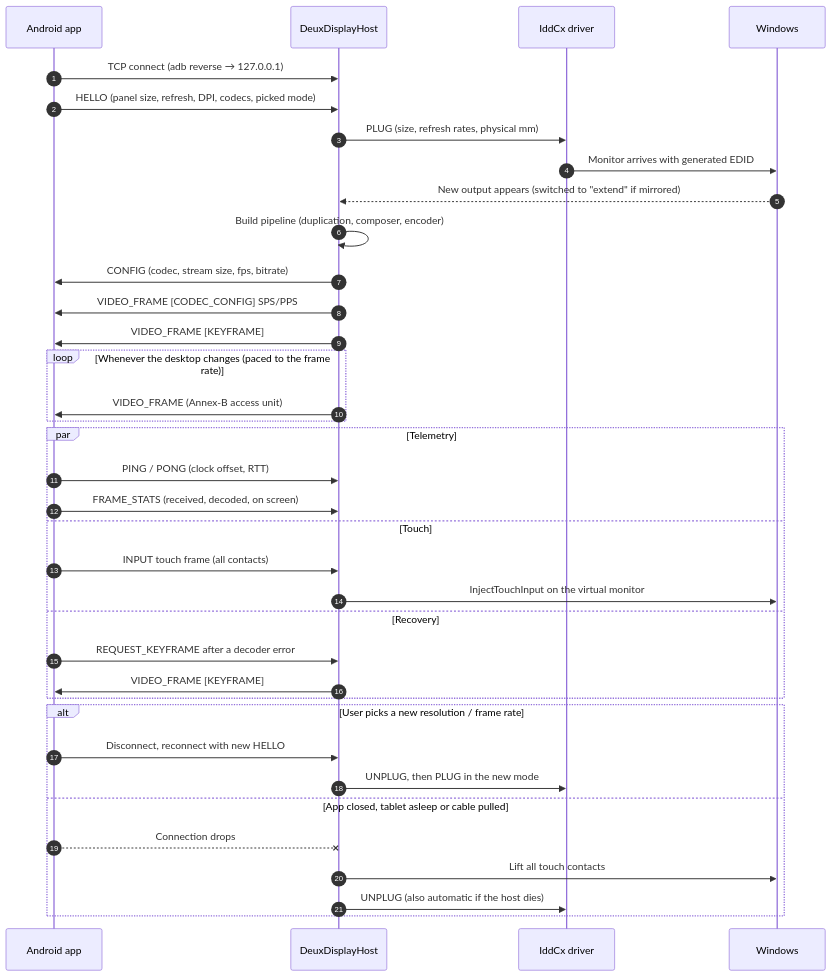
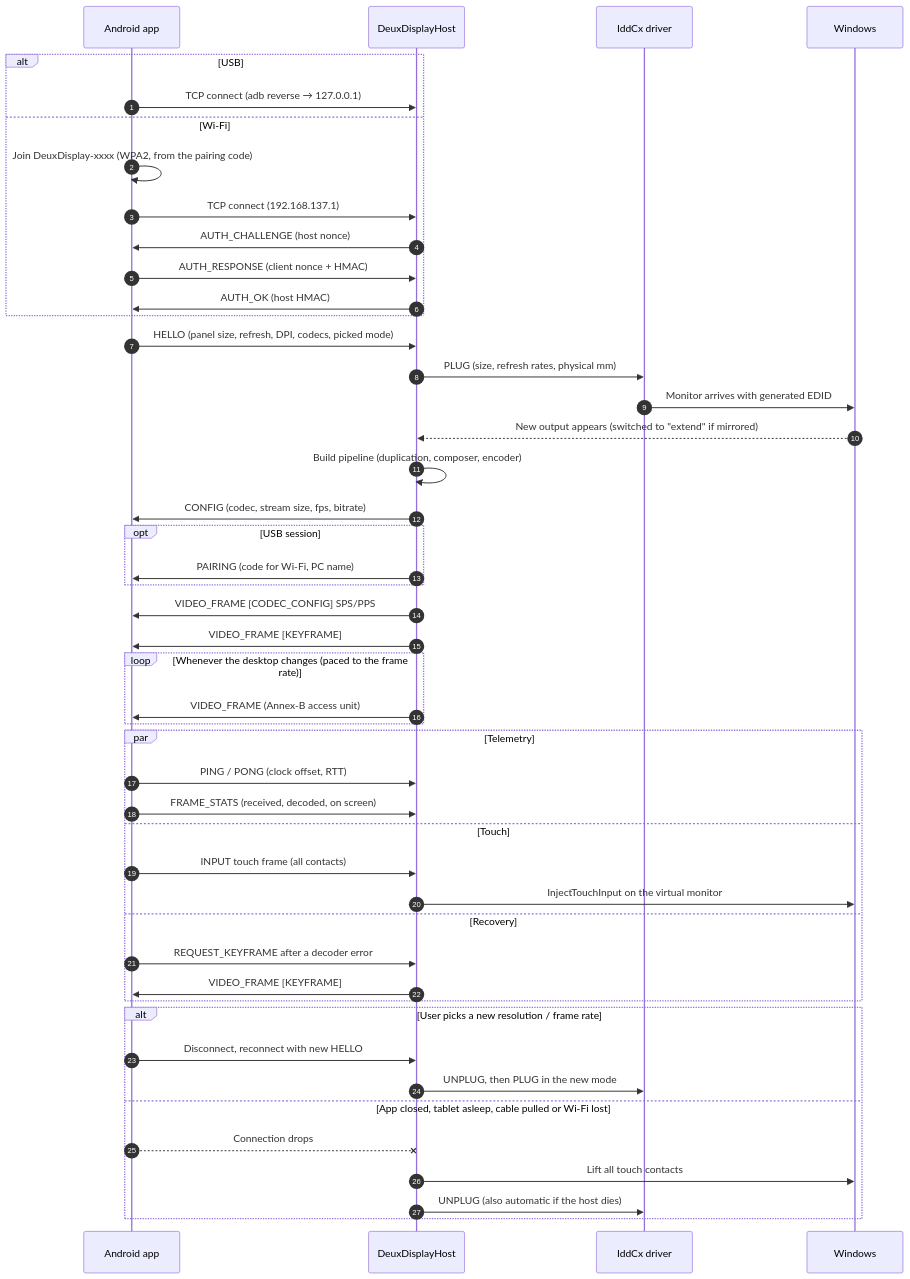
Before and after one commit to zengarv/DeuxDisplay: the second of 5 diagrams in README.md, drawn with Mermaid. The commit also changed other lines of this file and 7 other files, not shown here.

````diff
--- a/README.md
+++ b/README.md
@@ -67,42 +75,53 @@
 ```mermaid
 sequenceDiagram
     autonumber
     participant T as Android app
     participant H as DeuxDisplayHost
     participant D as IddCx driver
     participant W as Windows
 
-    T->>H: TCP connect (adb reverse → 127.0.0.1)
+    alt USB
+        T->>H: TCP connect (adb reverse → 127.0.0.1)
+    else Wi-Fi
+        T->>T: Join DeuxDisplay-xxxx (WPA2, from the pairing code)
+        T->>H: TCP connect (192.168.137.1)
+        H->>T: AUTH_CHALLENGE (host nonce)
+        T->>H: AUTH_RESPONSE (client nonce + HMAC)
+        H->>T: AUTH_OK (host HMAC)
+    end
     T->>H: HELLO (panel size, refresh, DPI, codecs, picked mode)
     H->>D: PLUG (size, refresh rates, physical mm)
     D->>W: Monitor arrives with generated EDID
     W-->>H: New output appears (switched to "extend" if mirrored)
     H->>H: Build pipeline (duplication, composer, encoder)
     H->>T: CONFIG (codec, stream size, fps, bitrate)
+    opt USB session
+        H->>T: PAIRING (code for Wi-Fi, PC name)
+    end
     H->>T: VIDEO_FRAME [CODEC_CONFIG] SPS/PPS
     H->>T: VIDEO_FRAME [KEYFRAME]
 
     loop Whenever the desktop changes (paced to the frame rate)
         H->>T: VIDEO_FRAME (Annex-B access unit)
     end
 
     par Telemetry
         T->>H: PING / PONG (clock offset, RTT)
         T->>H: FRAME_STATS (received, decoded, on screen)
     and Touch
         T->>H: INPUT touch frame (all contacts)
         H->>W: InjectTouchInput on the virtual monitor
     and Recovery
         T->>H: REQUEST_KEYFRAME after a decoder error
         H->>T: VIDEO_FRAME [KEYFRAME]
     end
 
     alt User picks a new resolution / frame rate
         T->>H: Disconnect, reconnect with new HELLO
         H->>D: UNPLUG, then PLUG in the new mode
-    else App closed, tablet asleep or cable pulled
+    else App closed, tablet asleep, cable pulled or Wi-Fi lost
         T--xH: Connection drops
         H->>W: Lift all touch contacts
         H->>D: UNPLUG (also automatic if the host dies)
     end
 ```
````
